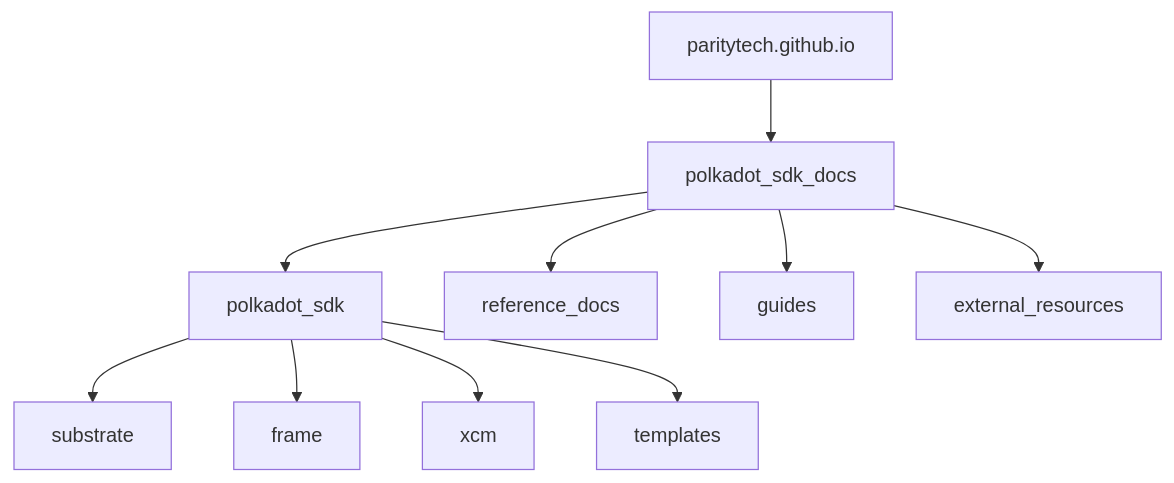
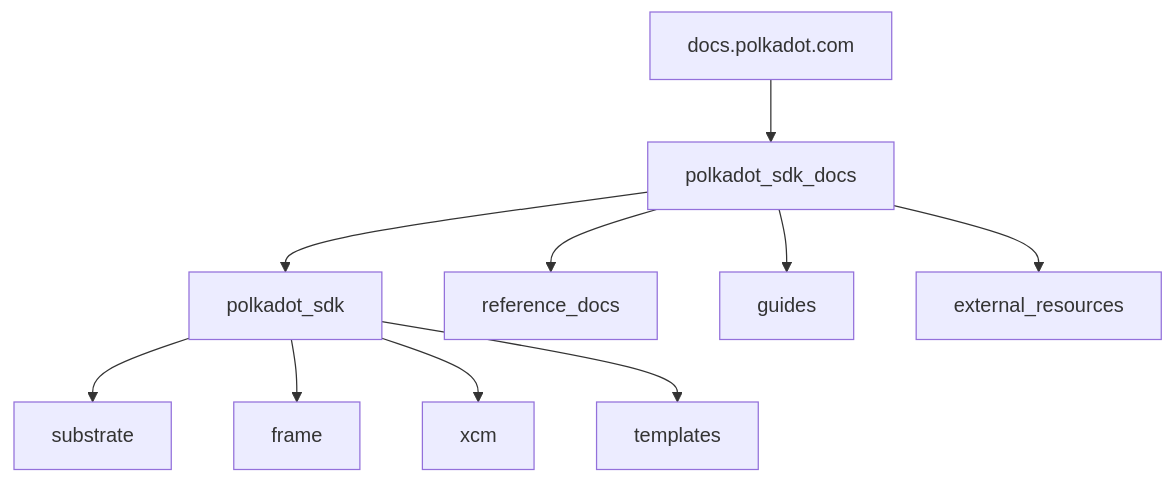
Before and after one commit to paritytech/polkadot-sdk: the diagram in docs/mermaid/IA.mmd, drawn with Mermaid. The commit also changed 6 other files, not shown here.

```diff
--- a/docs/mermaid/IA.mmd
+++ b/docs/mermaid/IA.mmd
@@ -1,12 +1,12 @@
 flowchart
-    parity[paritytech.github.io] --> devhub[polkadot_sdk_docs]
+    dot[docs.polkadot.com] --> devhub[polkadot_sdk_docs]
 
     devhub --> polkadot_sdk
     devhub --> reference_docs
     devhub --> guides
 	devhub --> external_resources
 
     polkadot_sdk --> substrate
     polkadot_sdk --> frame
     polkadot_sdk --> xcm
 	polkadot_sdk --> templates
```
